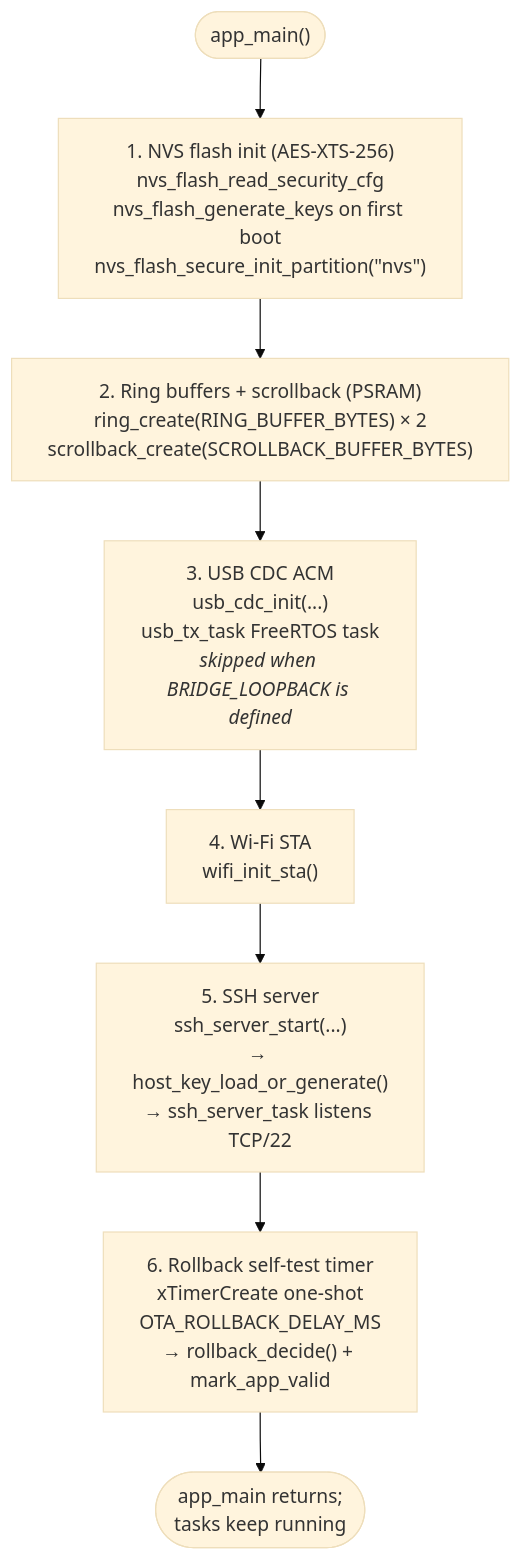
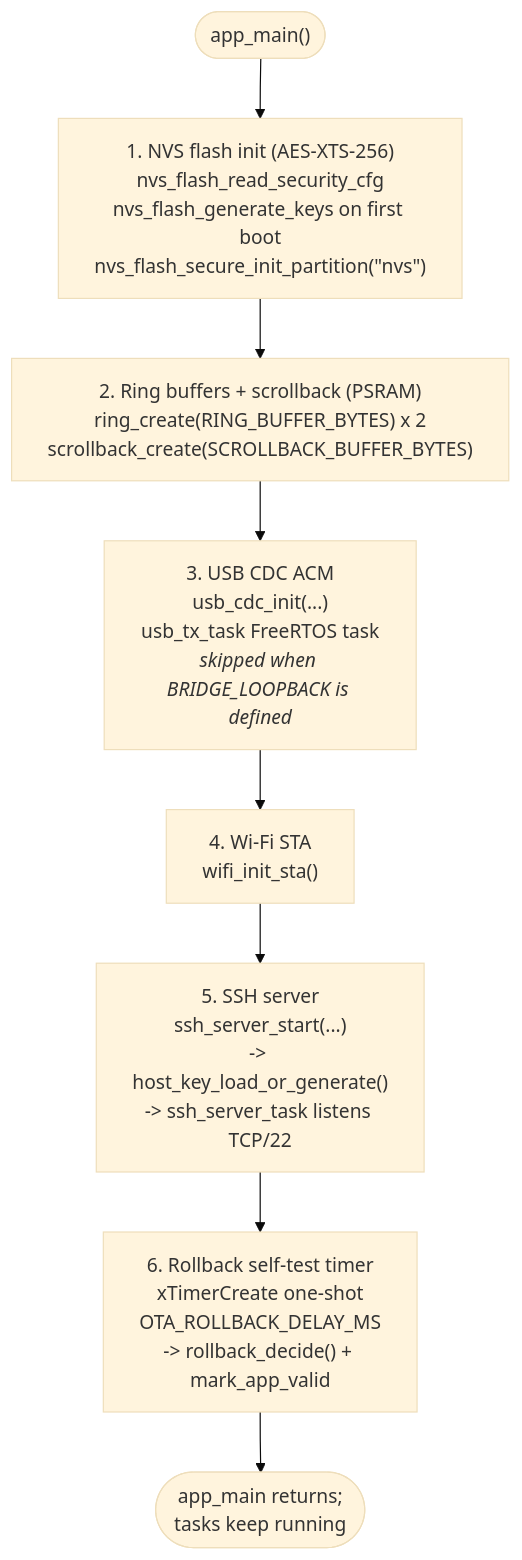
The diagram in main/README.md (alxrxs/esp-tty), drawn with Mermaid (base theme) before and after one commit. The commit also changed other lines of this file and 102 other files, not shown here.

````diff
--- a/main/README.md
+++ b/main/README.md
@@ -70,13 +70,13 @@
 ```mermaid
 flowchart TB
     start(["app_main()"])
     nvs["1. NVS flash init (AES-XTS-256)<br/>nvs_flash_read_security_cfg<br/>nvs_flash_generate_keys on first boot<br/>nvs_flash_secure_init_partition(&quot;nvs&quot;)"]
-    rings["2. Ring buffers + scrollback (PSRAM)<br/>ring_create(RING_BUFFER_BYTES) × 2<br/>scrollback_create(SCROLLBACK_BUFFER_BYTES)"]
+    rings["2. Ring buffers + scrollback (PSRAM)<br/>ring_create(RING_BUFFER_BYTES) x 2<br/>scrollback_create(SCROLLBACK_BUFFER_BYTES)"]
     usb["3. USB CDC ACM<br/>usb_cdc_init(...)<br/>usb_tx_task FreeRTOS task<br/><i>skipped when BRIDGE_LOOPBACK is defined</i>"]
     wifi["4. Wi-Fi STA<br/>wifi_init_sta()"]
-    ssh["5. SSH server<br/>ssh_server_start(...)<br/>→ host_key_load_or_generate()<br/>→ ssh_server_task listens TCP/22"]
-    rollback["6. Rollback self-test timer<br/>xTimerCreate one-shot<br/>OTA_ROLLBACK_DELAY_MS<br/>→ rollback_decide() + mark_app_valid"]
+    ssh["5. SSH server<br/>ssh_server_start(...)<br/>-> host_key_load_or_generate()<br/>-> ssh_server_task listens TCP/22"]
+    rollback["6. Rollback self-test timer<br/>xTimerCreate one-shot<br/>OTA_ROLLBACK_DELAY_MS<br/>-> rollback_decide() + mark_app_valid"]
     done(["app_main returns;<br/>tasks keep running"])
 
     start --> nvs --> rings --> usb --> wifi --> ssh --> rollback --> done
 ```
````
